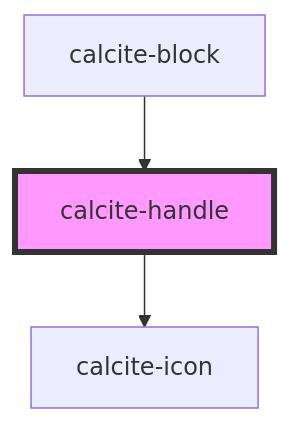
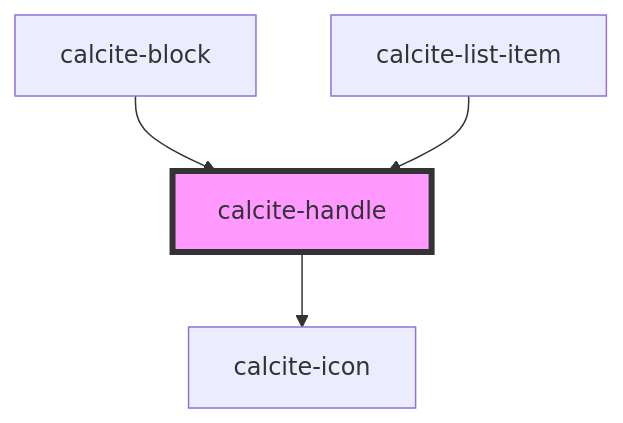
One commit to vikivakarvc/calcite-design-system changed the diagram in packages/calcite-components/src/components/handle/readme.md. Above: the diagram before and after it, drawn with Mermaid. The commit also changed other lines of this file and 91 other files, not shown here.

````diff
--- a/packages/calcite-components/src/components/handle/readme.md
+++ b/packages/calcite-components/src/components/handle/readme.md
@@ -39,6 +42,7 @@
 ```mermaid
 graph TD;
   calcite-handle --> calcite-icon
   calcite-block --> calcite-handle
+  calcite-list-item --> calcite-handle
   style calcite-handle fill:#f9f,stroke:#333,stroke-width:4px
 ```
````
